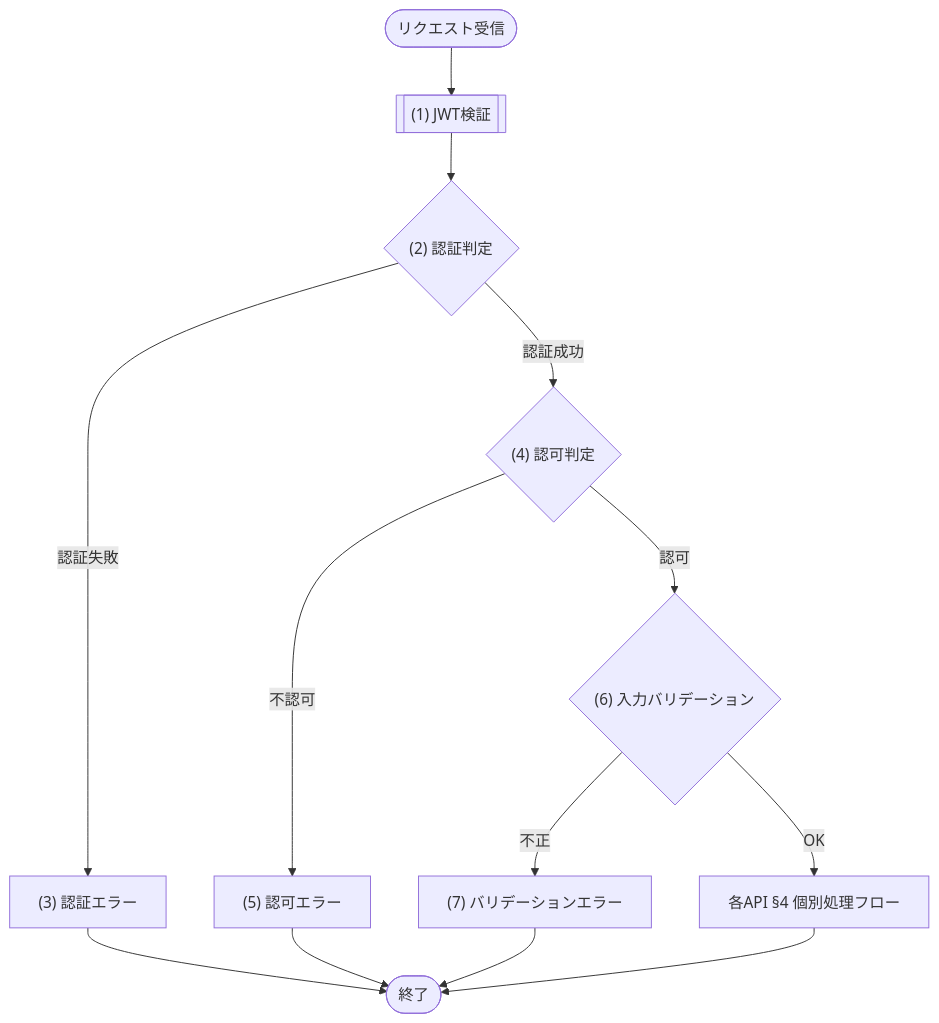
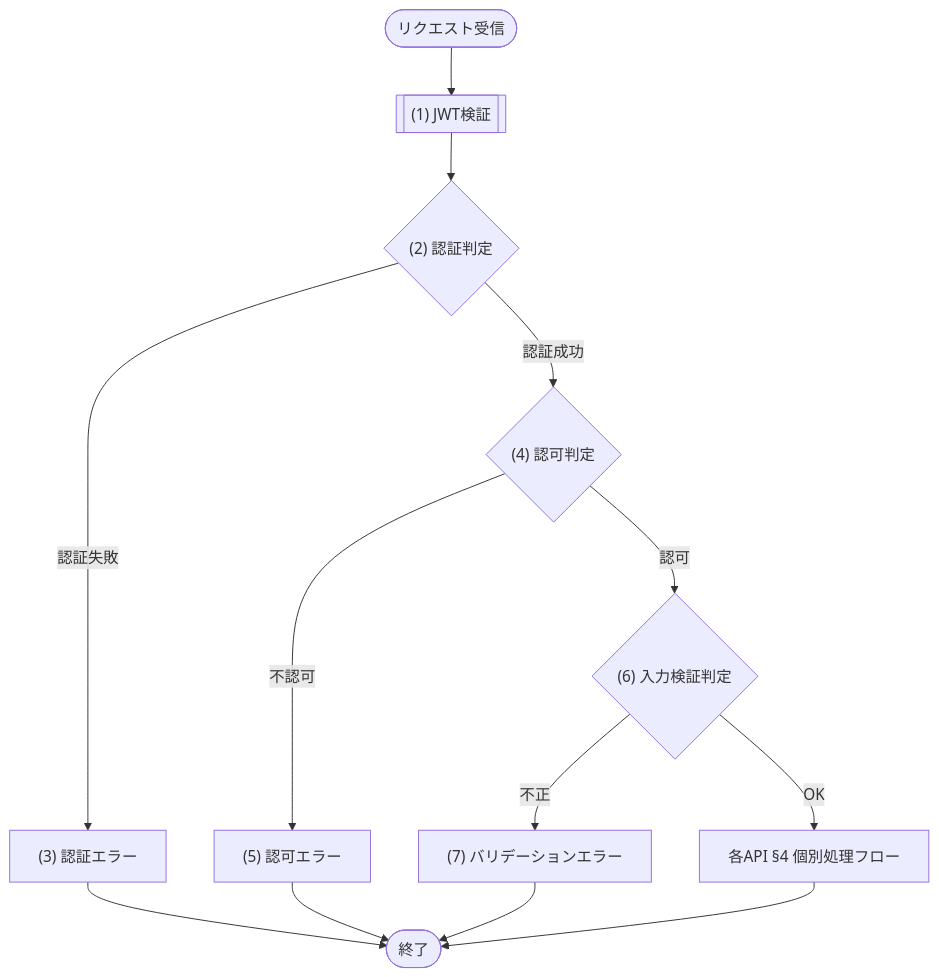
Before and after one commit to sikakou54/system-document-template: the diagram in docs/03_機能設計/03_API設計/API-COM_共通設計.md, drawn with Mermaid. The commit also changed other lines of this file and 43 other files, not shown here.

````diff
--- a/docs/03_機能設計/03_API設計/API-COM_共通設計.md
+++ b/docs/03_機能設計/03_API設計/API-COM_共通設計.md
@@ -99,21 +99,21 @@
 ```mermaid
 flowchart TD
   Start([リクエスト受信])
   P1[["(1) JWT検証"]]
   D1{"(2) 認証判定"}
   E1["(3) 認証エラー"]
   D2{"(4) 認可判定"}
   E2["(5) 認可エラー"]
-  D3{"(6) 入力バリデーション"}
+  D3{"(6) 入力検証判定"}
   E6["(7) バリデーションエラー"]
   Body["各API §4 個別処理フロー"]
   End([終了])
 
   Start --> P1 --> D1
   D1 -- "認証失敗" --> E1 --> End
   D1 -- "認証成功" --> D2
   D2 -- "不認可" --> E2 --> End
   D2 -- "認可" --> D3
   D3 -- "不正" --> E6 --> End
   D3 -- "OK" --> Body --> End
 ```
````
